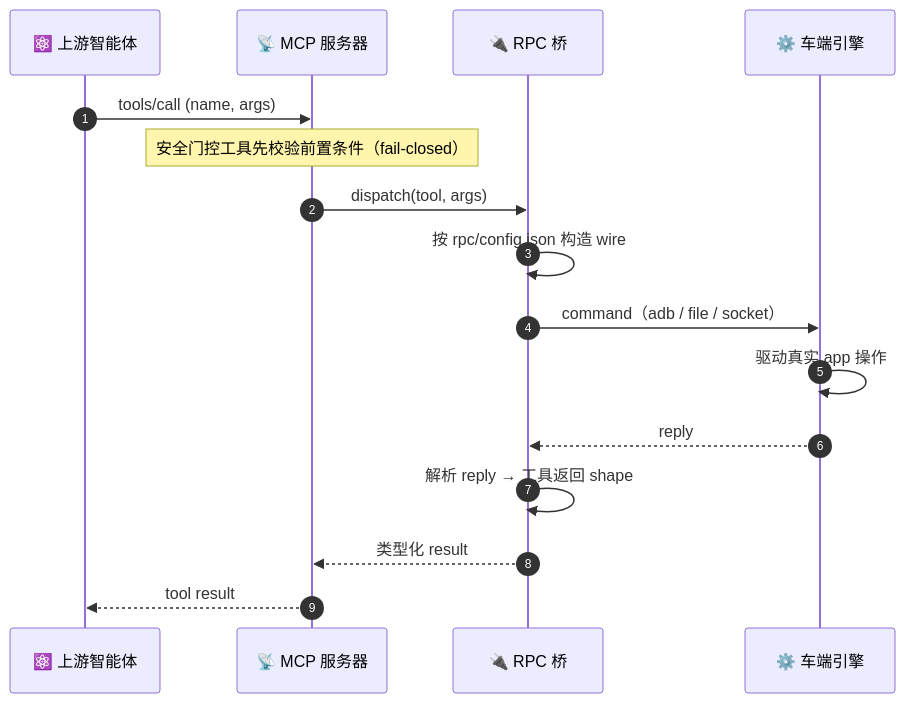
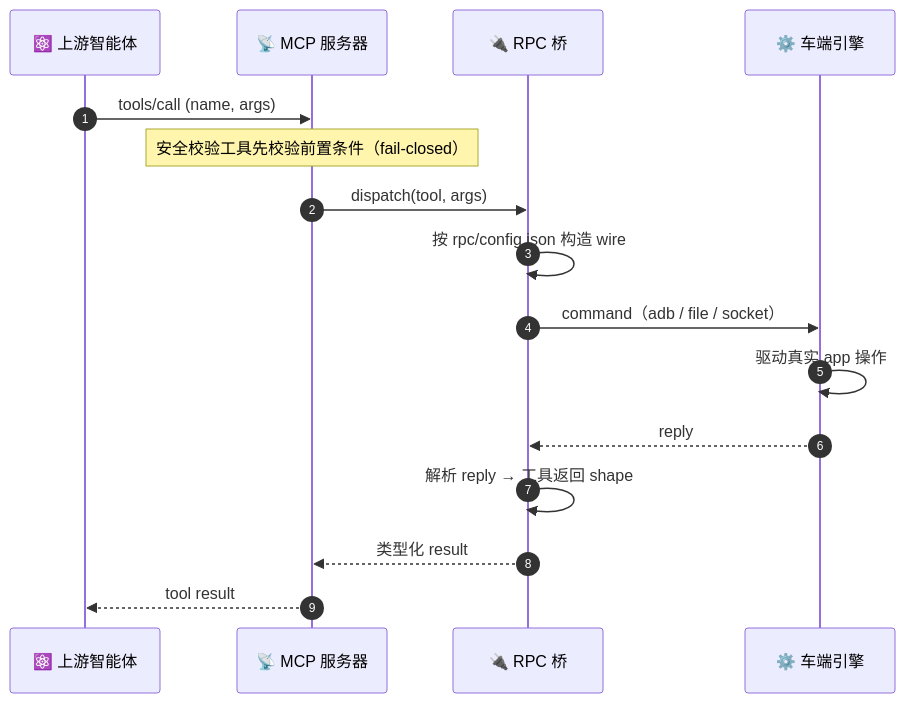
The second of 2 diagrams in README.zh-CN.md (MatCaviar/BRIDGE), drawn with Mermaid before and after one commit. The commit also changed other lines of this file and 1 other file, not shown here.

Commit message:
README 重写开头: 两段平实中文讲清 BRIDGE 是什么/怎么工作(四步主线+运行期时序图)/交付物表(对齐 0.1.23 真实产物与 scope 分级)/可靠性表; 修正 Install 旧命令示例为 validate/serve/invoke 实际三命令; 全文清扫破折号与门控措辞(双语文档), 保留英文名 tagline

````diff
--- a/README.zh-CN.md
+++ b/README.zh-CN.md
@@ -66,19 +55,19 @@
 ```mermaid
 sequenceDiagram
     autonumber
     participant Agent as ⚛️ 上游智能体
     participant Server as 📡 MCP 服务器
     participant Bridge as 🔌 RPC 桥
     participant Engine as ⚙️ 车端引擎
 
     Agent->>Server: tools/call (name, args)
-    Note over Server: 安全门控工具先校验前置条件（fail-closed）
+    Note over Server: 安全校验工具先校验前置条件（fail-closed）
     Server->>Bridge: dispatch(tool, args)
     Bridge->>Bridge: 按 rpc/config.json 构造 wire
     Bridge->>Engine: command（adb / file / socket）
     Engine->>Engine: 驱动真实 app 操作
     Engine-->>Bridge: reply
     Bridge->>Bridge: 解析 reply → 工具返回 shape
     Bridge-->>Server: 类型化 result
     Server-->>Agent: tool result
 ```
````
